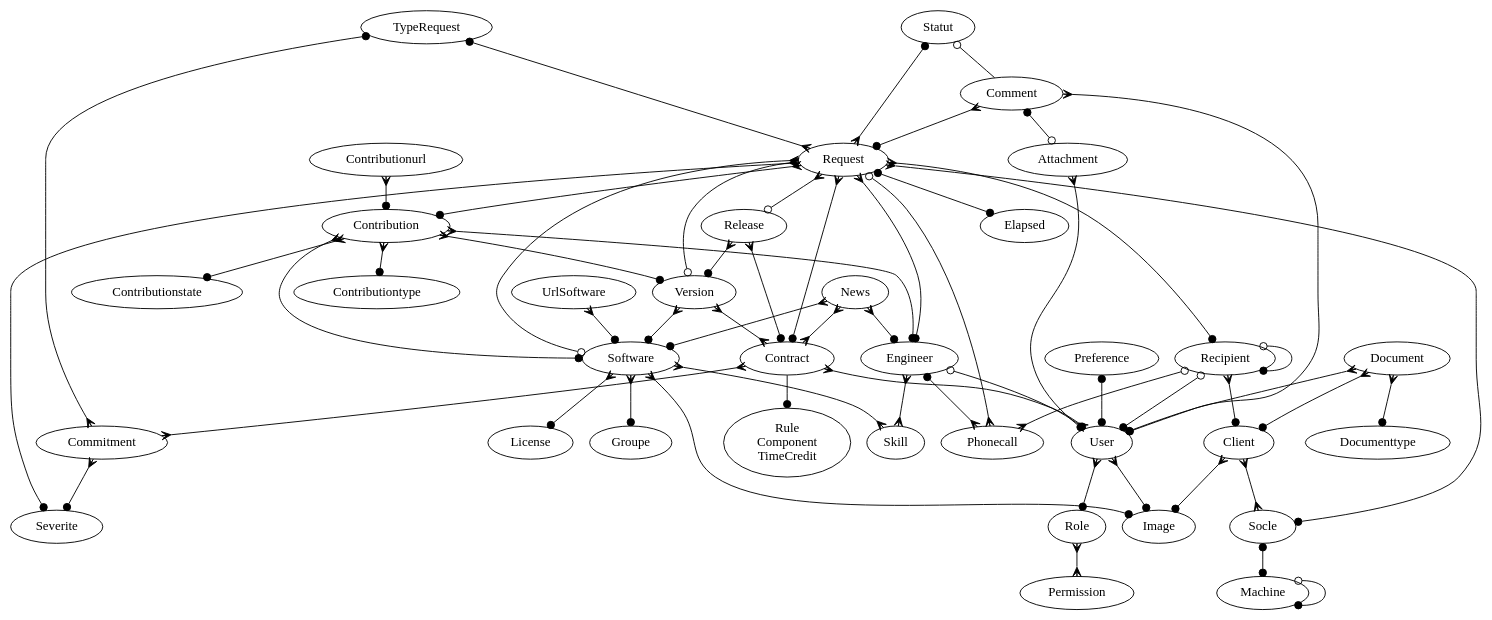
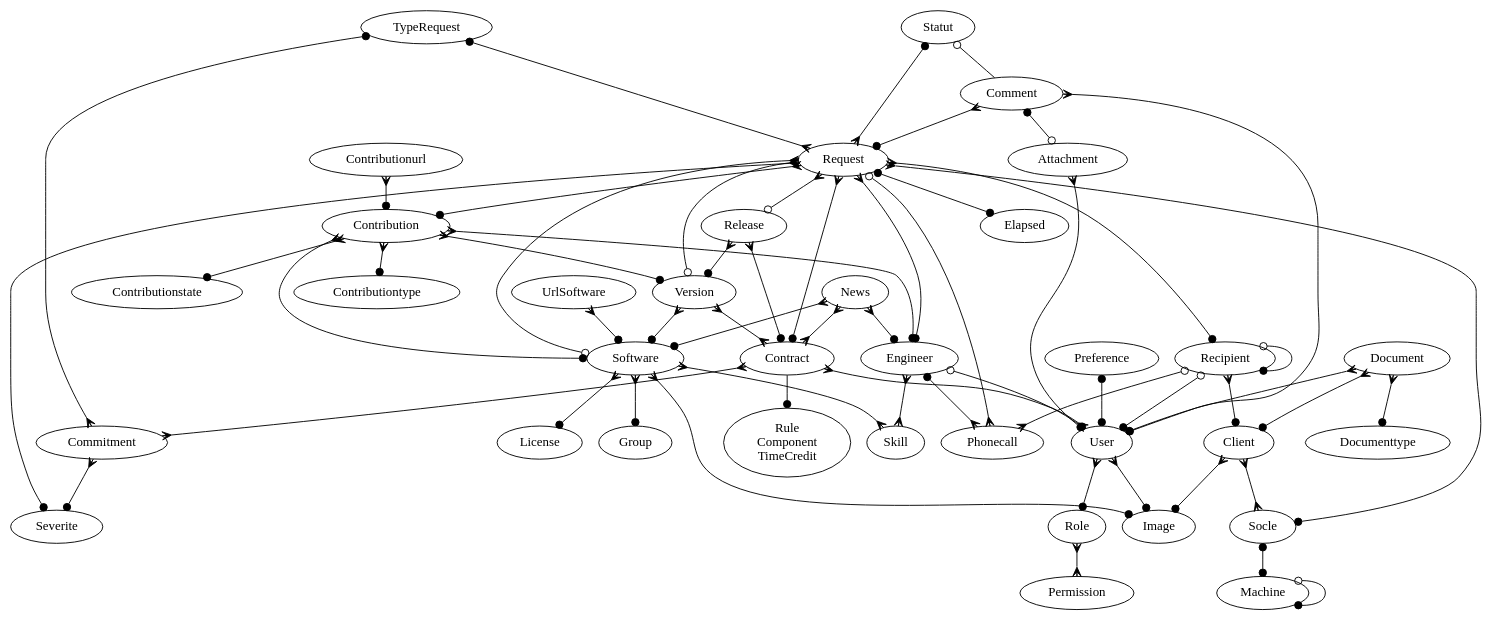
Before and after one commit to trivoallan/tosca: the diagram in doc/data_model.dot, drawn with Graphviz. The commit also changed 37 other files, not shown here.

Commit message:
Rename Groupe 2 Group

```diff
--- a/doc/data_model.dot
+++ b/doc/data_model.dot
@@ -1,82 +1,82 @@
 digraph x {
 
 //rotate=90;
 {rank=min; Statut TypeRequest Statut }
 
 Rule [label="Rule\nComponent\nTimeCredit"]
 
 Recipient -> User [arrowhead=dot,arrowtail=odot,dir=both]
 Recipient -> Phonecall [arrowhead=crow,arrowtail=odot,dir=both]
 Recipient -> Client [arrowhead=dot,dir=both,arrowtail=crow]
 Recipient -> Recipient [arrowhead=dot,arrowtail=odot,dir=both]
 
 Client -> Image [arrowhead=dot,dir=both,arrowtail=crow]
 Client -> Socle [arrowhead=crow,dir=both,arrowtail=crow]
 
 Comment -> Request [arrowhead=dot,dir=both,arrowtail=crow]
 Comment -> User [arrowhead=dot,dir=both,arrowtail=crow]
 Comment -> Attachment [arrowhead=odot,dir=both,arrowtail=dot]
 Comment -> Statut [arrowhead=odot]
 
 Contract -> User [arrowhead=crow,dir=both,arrowtail=crow]
 Contract -> Commitment [arrowhead=crow,arrowtail=crow,dir=both]
 Contract -> Rule [arrowhead=dot,arrowtail=crow]
 
 User -> Image [arrowhead=dot,dir=both,arrowtail=crow]
 User -> Role [arrowhead=dot,arrowtail=crow,dir=both]
 Engineer -> Skill [arrowhead=crow,arrowtail=crow,dir=both]
 Engineer -> User [arrowhead=dot,arrowtail=odot,dir=both]
 Engineer -> Phonecall [arrowhead=crow,dir=both,arrowtail=dot]
 
 News -> Engineer [arrowhead=dot,dir=both,arrowtail=crow]
 News -> Contract [arrowhead=crow,dir=both,arrowtail=crow]
 News -> Software [arrowhead=dot,dir=both,arrowtail=crow]
 
 Request -> TypeRequest [arrowhead=dot,dir=both,arrowtail=crow]
 Request -> Elapsed [arrowhead=dot,dir=both,arrowtail=dot]
 Request -> Severite [arrowhead=dot,dir=both,arrowtail=crow]
 Request -> Recipient [arrowhead=dot,dir=both,arrowtail=crow]
 Request -> Socle [arrowhead=dot,dir=both,arrowtail=crow]
 Request -> Contribution [arrowhead=dot,dir=both,arrowtail=crow]
 Request -> Contract [arrowhead=dot,dir=both,arrowtail=crow]
 Request -> Statut [arrowhead=dot,dir=both,arrowtail=crow]
 Request -> Engineer [arrowhead=dot,dir=both,arrowtail=crow]
 Request -> Phonecall [arrowhead=crow,arrowtail=odot,dir=both]
 Request -> Software [arrowhead=odot,dir=both,arrowtail=crow]
 Request -> Release [arrowhead=odot,dir=both,arrowtail=crow]
 Request -> Version [arrowhead=odot,dir=both,arrowtail=crow]
 
 Software -> Skill [arrowhead=crow,arrowtail=crow,dir=both]
 Software -> License [arrowhead=dot,dir=both,arrowtail=crow]
-Software -> Groupe [arrowhead=dot,dir=both,arrowtail=crow]
+Software -> Group [arrowhead=dot,dir=both,arrowtail=crow]
 Software -> Image [arrowhead=dot,dir=both,arrowtail=crow]
 
 
 Version -> Software [arrowhead=dot,dir=both,arrowtail=crow]
 Version -> Contract [arrowhead=crow,dir=both,arrowtail=crow]
 
 Release -> Contract [arrowhead=dot,dir=both,arrowtail=crow]
 Release -> Version [arrowhead=dot,dir=both,arrowtail=crow]
 
 
 Preference -> User [arrowhead=dot,arrowtail=dot,dir=both]
 Socle -> Machine [arrowhead=dot,dir=both,arrowtail=dot]
 Machine -> Machine [arrowhead=dot,dir=both,arrowtail=odot]
 UrlSoftware -> Software [arrowhead=dot,dir=both,arrowtail=crow]
 Commitment -> Severite [arrowhead=dot,dir=both,arrowtail=crow]
 Commitment -> TypeRequest [arrowhead=dot,dir=both,arrowtail=crow]
 Role -> Permission [arrowhead=crow,arrowtail=crow,dir=both]
 Contributionurl -> Contribution [arrowhead=dot,dir=both,arrowtail=crow]
 
 Contribution -> Contributionstate [arrowhead=dot,dir=both,arrowtail=crow]
 Contribution -> Contributiontype [arrowhead=dot,dir=both,arrowtail=crow]
 Contribution -> Software [arrowhead=dot,dir=both,arrowtail=crow]
 Contribution -> Version [arrowhead=dot,arrowtail=crow,dir=both]
 Contribution -> Engineer [arrowhead=dot,dir=both,arrowtail=crow]
 Attachment -> User [arrowtail=crow,dir=both,arrowhead=dot]
 Document -> Client [arrowhead=dot,dir=both,arrowtail=crow]
 Document -> Documenttype [arrowhead=dot,dir=both,arrowtail=crow]
 Document -> User [arrowhead=dot,dir=both,arrowtail=crow]
 
 
 }
```
